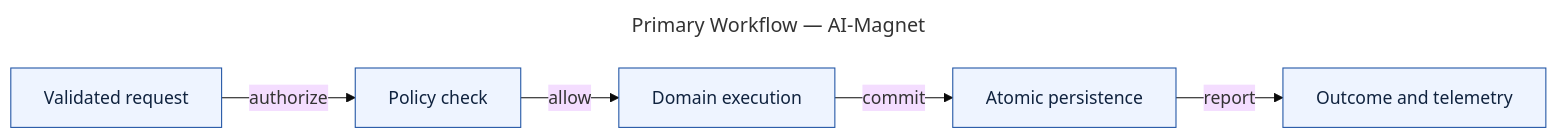
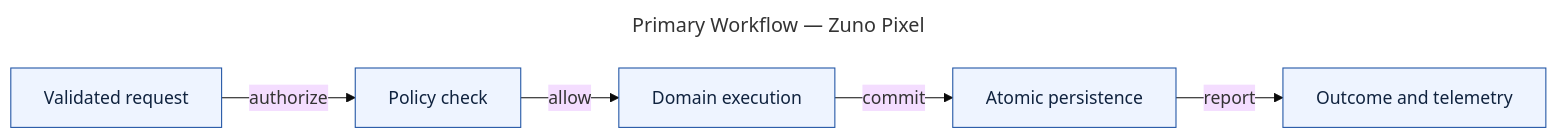
The diagram in planning/architecture/diagrams/workflow.mmd (Tauhid-dev/Brand-website), drawn with Mermaid (base theme) before and after one commit. The commit also changed 73 other files, not shown here.

Commit message:
feat(brand): complete Zuno Pixel phase 1

```diff
--- a/planning/architecture/diagrams/workflow.mmd
+++ b/planning/architecture/diagrams/workflow.mmd
@@ -1,15 +1,15 @@
 ---
-title: "Primary Workflow — AI-Magnet"
+title: "Primary Workflow — Zuno Pixel"
 ---
 flowchart LR
     request["Validated request"]
     authorize["Policy check"]
     execute["Domain execution"]
     persist["Atomic persistence"]
     observe["Outcome and telemetry"]
     request -->|"authorize"| authorize
     authorize -->|"allow"| execute
     execute -->|"commit"| persist
     persist -->|"report"| observe
     classDef genesis fill:#eef4ff,stroke:#2457a6,color:#10233f
     class request,authorize,execute,persist,observe genesis
```
